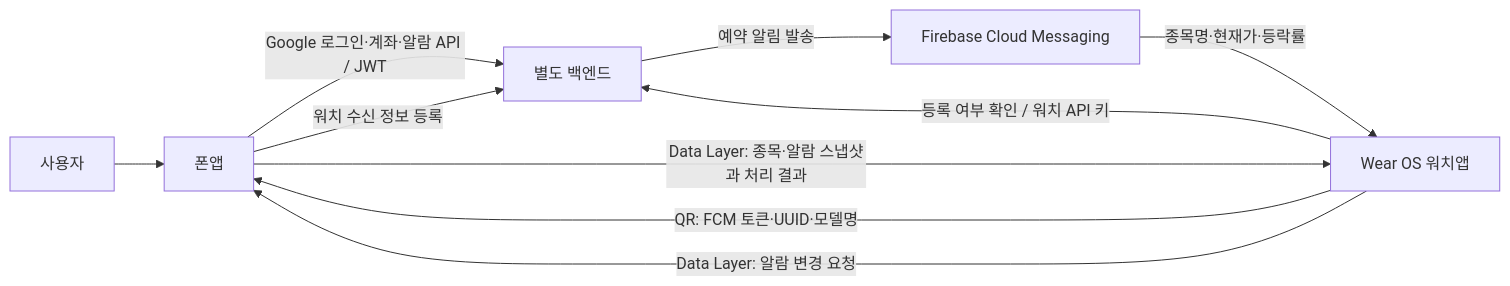
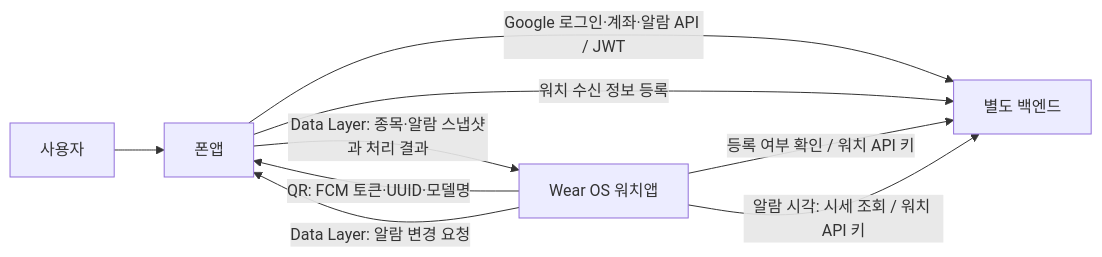
One commit to ums1212/toss-watch changed the first of 2 diagrams in README.md. Above: the diagram before and after it, drawn with Mermaid. The commit also changed other lines of this file and 35 other files, not shown here.

First line of the commit message:
feat(watch): ring stock alarms locally via AlarmManager instead of FCM

````diff
--- a/README.md
+++ b/README.md
@@ -44,12 +44,11 @@
 ```mermaid
 flowchart LR
     User[사용자] --> Phone[폰앱]
     Phone -->|Google 로그인·계좌·알람 API / JWT| Server[별도 백엔드]
     Watch[Wear OS 워치앱] -->|QR: FCM 토큰·UUID·모델명| Phone
     Phone -->|워치 수신 정보 등록| Server
     Watch -->|등록 여부 확인 / 워치 API 키| Server
     Watch -->|Data Layer: 알람 변경 요청| Phone
     Phone -->|Data Layer: 종목·알람 스냅샷과 처리 결과| Watch
-    Server -->|예약 알림 발송| FCM[Firebase Cloud Messaging]
-    FCM -->|종목명·현재가·등락률| Watch
+    Watch -->|알람 시각: 시세 조회 / 워치 API 키| Server
 ```
````
